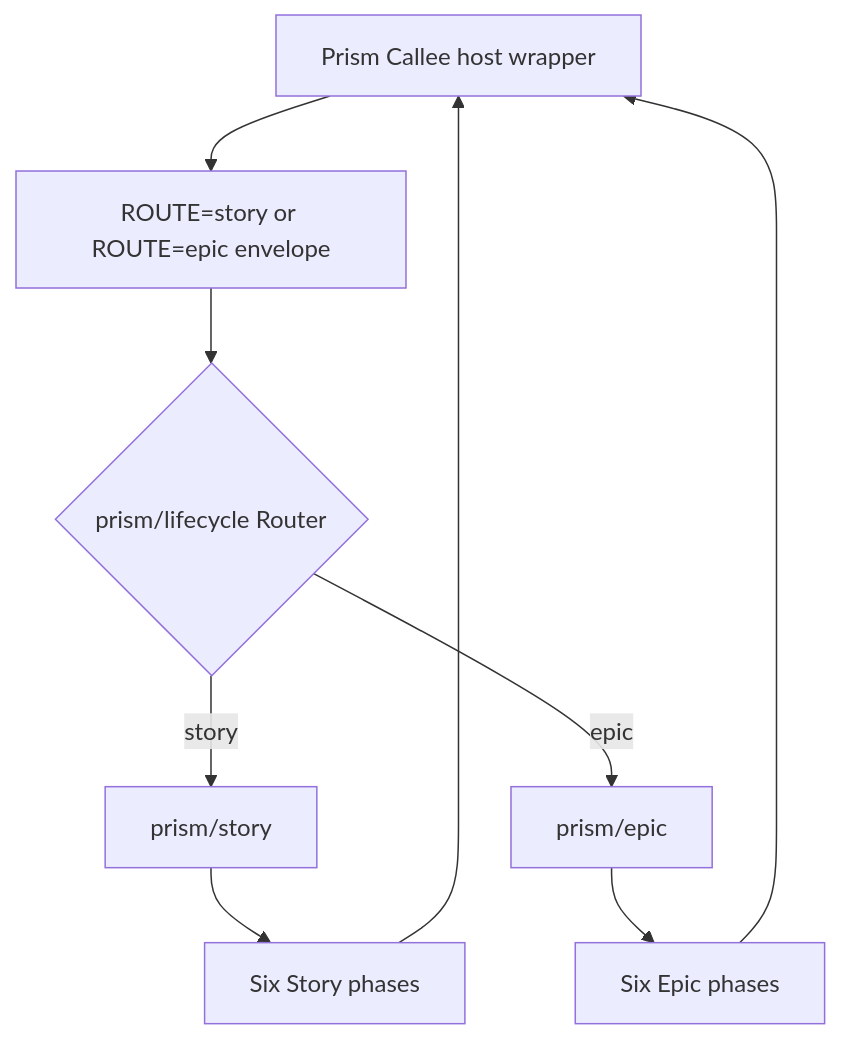
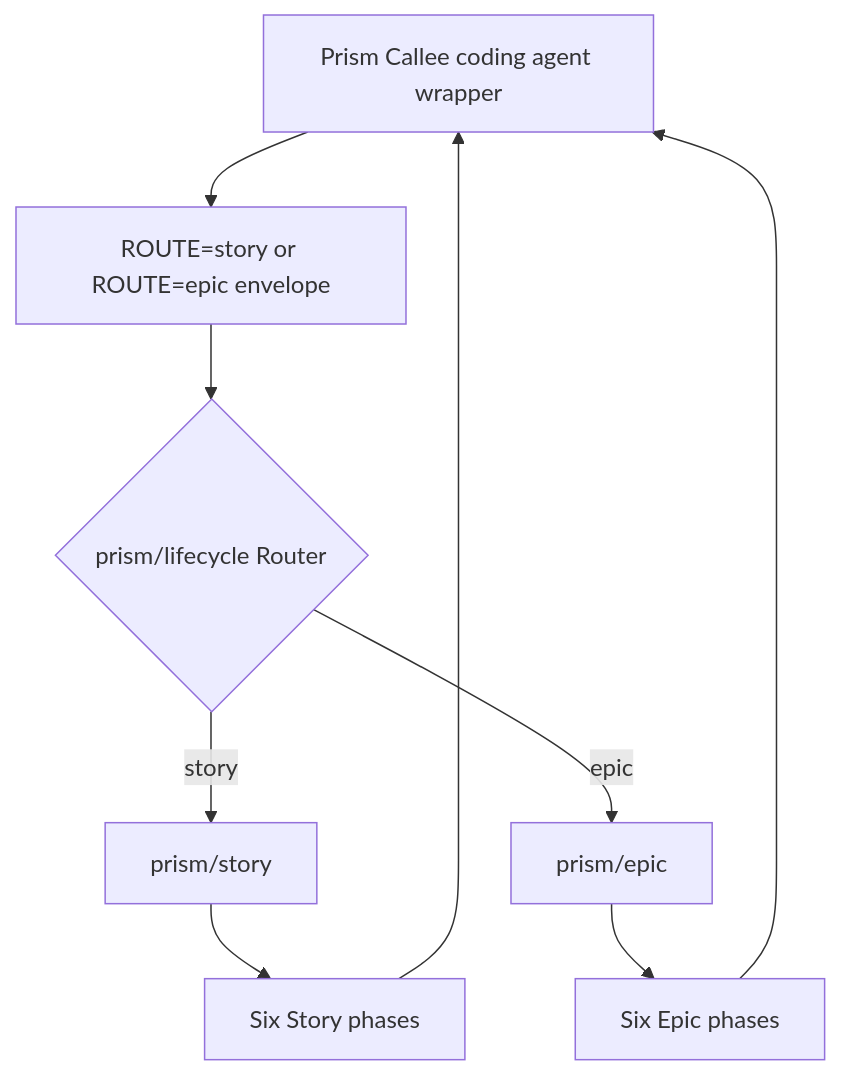
The fifth of 5 diagrams in docs/architecture-spec.md (baldaworks/prism), drawn with Mermaid before and after one commit. The commit also changed other lines of this file and 4 other files, not shown here.

Commit message:
docs: use coding agent terminology

````diff
--- a/docs/architecture-spec.md
+++ b/docs/architecture-spec.md
@@ -142,11 +142,11 @@
 ```mermaid
 flowchart TB
-    H["Prism Callee host wrapper"] --> E["ROUTE=story or ROUTE=epic envelope"]
+    H["Prism Callee coding agent wrapper"] --> E["ROUTE=story or ROUTE=epic envelope"]
     E --> R{"prism/lifecycle Router"}
     R -->|story| S["prism/story"]
     R -->|epic| P["prism/epic"]
     S --> SR["Six Story phases"]
     P --> ER["Six Epic phases"]
     SR --> H
     ER --> H
 ```
````
